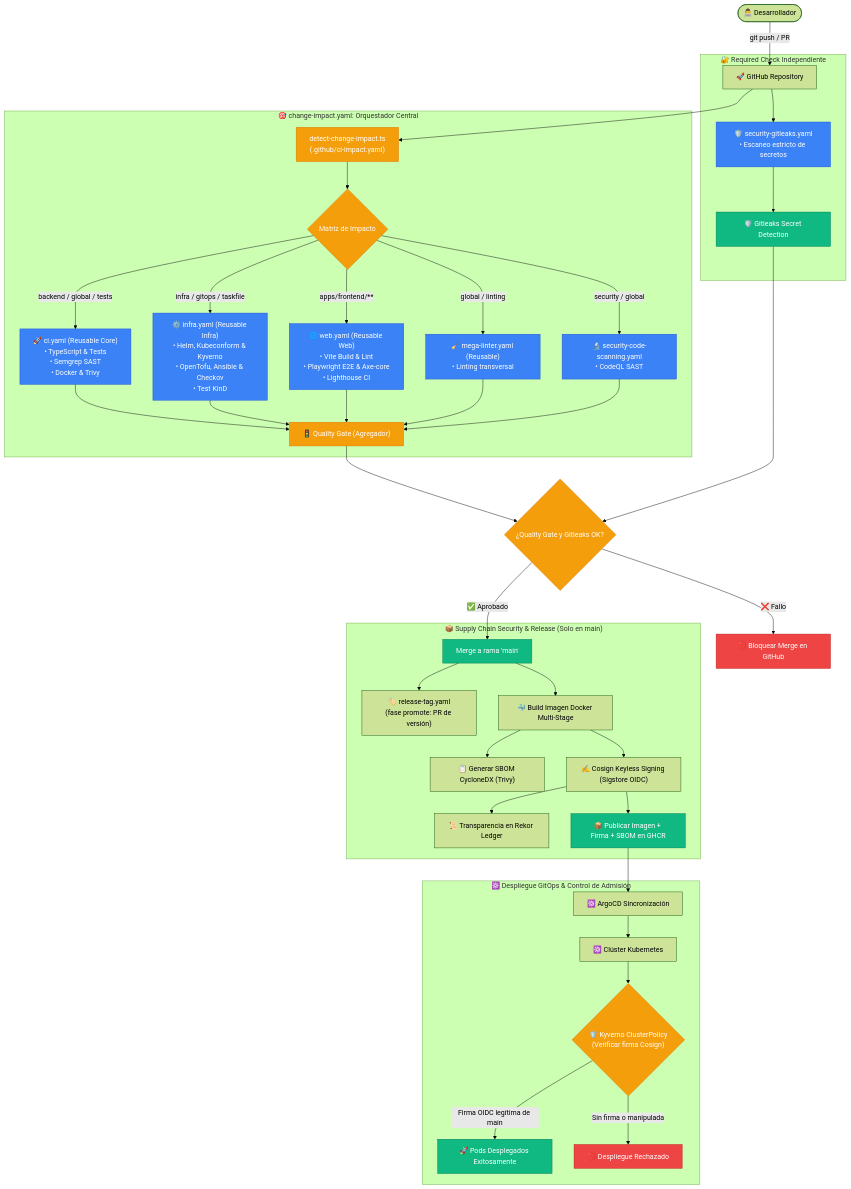
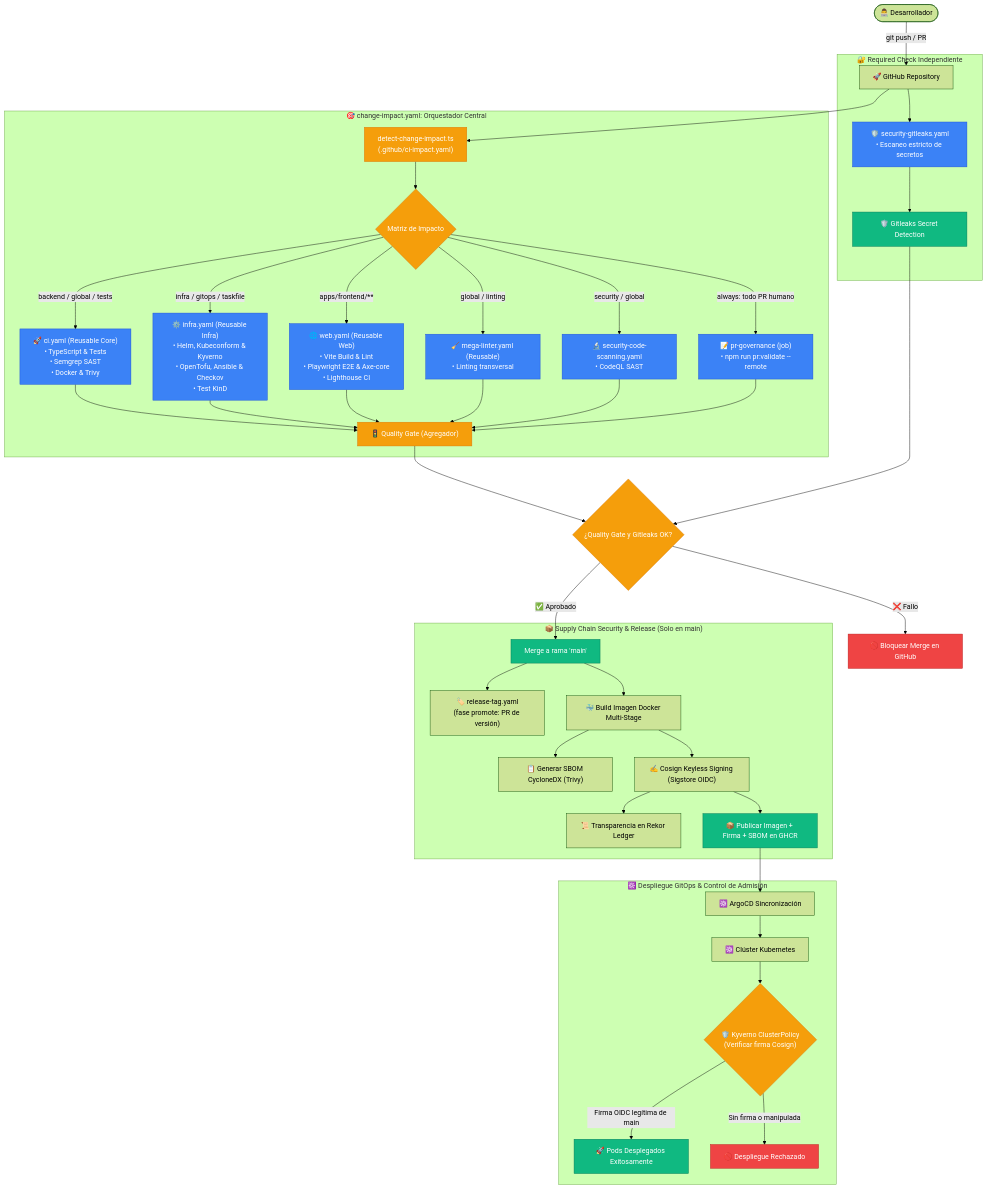
The diagram in docs/devops/GITHUB_WORKFLOWS_GUIDE.md (rocapellino/pokedex), drawn with Mermaid (forest theme) before and after one commit. The commit also changed other lines of this file and 48 other files, not shown here.

````diff
--- a/docs/devops/GITHUB_WORKFLOWS_GUIDE.md
+++ b/docs/devops/GITHUB_WORKFLOWS_GUIDE.md
@@ -49,54 +49,55 @@
 ```mermaid
 flowchart TD
     DEV(["👨‍💻 Desarrollador"]) -->|git push / PR| GH["🚀 GitHub Repository"]
 
     subgraph SEC_INDEPENDENT ["🔐 Required Check Independiente"]
         GH --> WF_LEAKS["🛡️ security-gitleaks.yaml\n• Escaneo estricto de secretos"]
         WF_LEAKS --> CHK_LEAKS["🛡️ Gitleaks Secret Detection"]
     end
 
     subgraph ORCHESTRATOR ["🎯 change-impact.yaml: Orquestador Central"]
         GH --> DETECT["detect-change-impact.ts\n(.github/ci-impact.yaml)"]
         DETECT --> ROUTER{"Matriz de Impacto"}
 
         ROUTER -->|backend / global / tests| WF_CI["🚀 ci.yaml (Reusable Core)\n• TypeScript & Tests\n• Semgrep SAST\n• Docker & Trivy"]
         ROUTER -->|infra / gitops / taskfile| WF_INFRA["⚙️ infra.yaml (Reusable Infra)\n• Helm, Kubeconform & Kyverno\n• OpenTofu, Ansible & Checkov\n• Test KinD"]
         ROUTER -->|apps/frontend/**| WF_WEB["🌐 web.yaml (Reusable Web)\n• Vite Build & Lint\n• Playwright E2E & Axe-core\n• Lighthouse CI"]
         ROUTER -->|global / linting| WF_MEGA["🧹 mega-linter.yaml (Reusable)\n• Linting transversal"]
         ROUTER -->|security / global| WF_SCAN["🔬 security-code-scanning.yaml\n• CodeQL SAST"]
+        ROUTER -->|always: todo PR humano| JOB_PRGOV["📝 pr-governance (job)\n• npm run pr:validate --remote"]
 
-        WF_CI & WF_INFRA & WF_WEB & WF_MEGA & WF_SCAN --> QG["🚦 Quality Gate (Agregador)"]
+        WF_CI & WF_INFRA & WF_WEB & WF_MEGA & WF_SCAN & JOB_PRGOV --> QG["🚦 Quality Gate (Agregador)"]
     end
 
     QG --> QG_DECISION{"¿Quality Gate y Gitleaks OK?"}
     CHK_LEAKS --> QG_DECISION
     QG_DECISION -->|❌ Fallo| BLOCK_PR["🚫 Bloquear Merge en GitHub"]
     QG_DECISION -->|✅ Aprobado| MERGE_MAIN["Merge a rama 'main'"]
 
     subgraph SUPPLY_CHAIN ["📦 Supply Chain Security & Release (Solo en main)"]
         MERGE_MAIN --> BUMP["🏷️ release-tag.yaml\n(fase promote: PR de versión)"]
         MERGE_MAIN --> DOCKER_BUILD["🐳 Build Imagen Docker Multi-Stage"]
         DOCKER_BUILD --> SYFT_SBOM["📋 Generar SBOM CycloneDX (Trivy)"]
         DOCKER_BUILD --> COSIGN_SIGN["✍️ Cosign Keyless Signing (Sigstore OIDC)"]
         COSIGN_SIGN --> REKOR["📜 Transparencia en Rekor Ledger"]
         COSIGN_SIGN --> PUSH_GHCR["📦 Publicar Imagen + Firma + SBOM en GHCR"]
     end
 
     subgraph DEPLOYMENT ["☸️ Despliegue GitOps & Control de Admisión"]
         PUSH_GHCR --> ARGO["☸️ ArgoCD Sincronización"]
         ARGO --> K8S["☸️ Clúster Kubernetes"]
         K8S --> KYVERNO{"🛡️ Kyverno ClusterPolicy\n(Verificar firma Cosign)"}
         KYVERNO -->|Firma OIDC legítima de main| DEPLOY_OK["🚀 Pods Desplegados Exitosamente"]
         KYVERNO -->|Sin firma o manipulada| DEPLOY_FAIL["🚫 Despliegue Rechazado"]
     end
 
     classDef normal fill:#3b82f6,stroke:#1d4ed8,color:#fff;
     classDef gate fill:#f59e0b,stroke:#d97706,color:#fff;
     classDef success fill:#10b981,stroke:#047857,color:#fff;
     classDef error fill:#ef4444,stroke:#b91c1c,color:#fff;
 
-    class WF_WEB,WF_INFRA,WF_LEAKS,WF_CI,WF_MEGA,WF_SCAN normal;
+    class WF_WEB,WF_INFRA,WF_LEAKS,WF_CI,WF_MEGA,WF_SCAN,JOB_PRGOV normal;
     class DETECT,ROUTER,QG,QG_DECISION,KYVERNO gate;
     class MERGE_MAIN,PUSH_GHCR,DEPLOY_OK,CHK_LEAKS success;
     class BLOCK_PR,DEPLOY_FAIL error;
 ```
````
